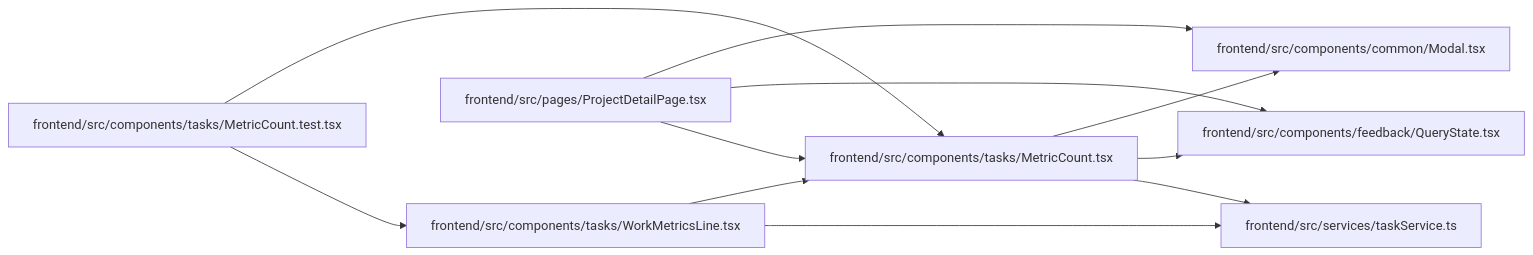
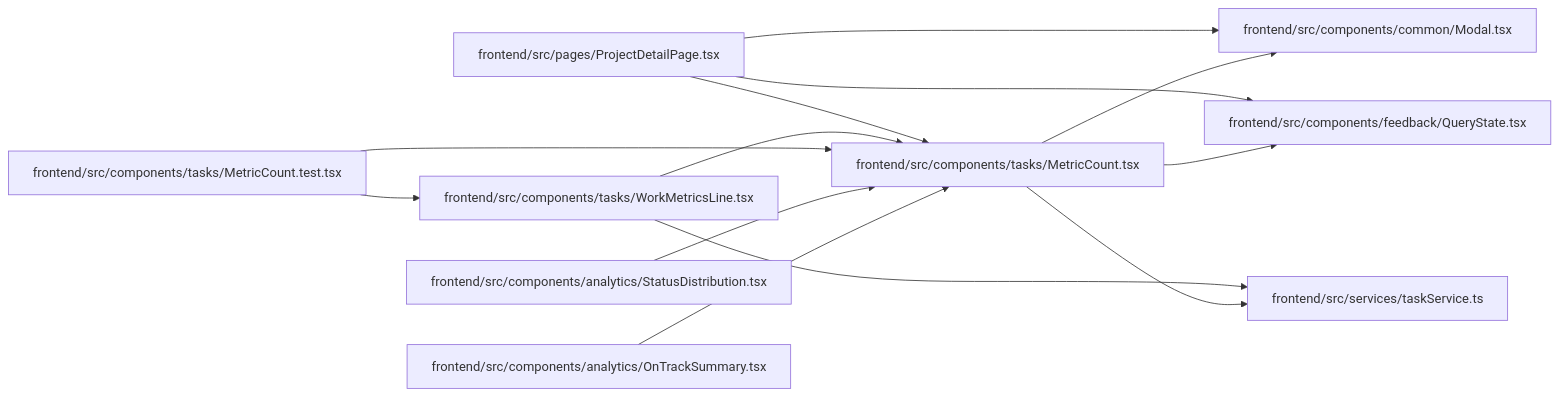
The diagram in docs/llm_wiki/modules/MetricCount.md (Denissvgn/WorkChord), drawn with Mermaid before and after one commit. The commit also changed other lines of this file and 392 other files, not shown here.

````diff
--- a/docs/llm_wiki/modules/MetricCount.md
+++ b/docs/llm_wiki/modules/MetricCount.md
@@ -34,27 +34,33 @@
 ```mermaid
 flowchart LR
-    n0["frontend/src/components/common/Modal.tsx"]
-    n1["frontend/src/components/feedback/QueryState.tsx"]
-    n2["frontend/src/components/tasks/MetricCount.test.tsx"]
-    n3["frontend/src/components/tasks/MetricCount.tsx"]
-    n4["frontend/src/components/tasks/WorkMetricsLine.tsx"]
-    n5["frontend/src/pages/ProjectDetailPage.tsx"]
-    n6["frontend/src/services/taskService.ts"]
-    n2 --> n3
-    n2 --> n4
-    n3 --> n0
-    n3 --> n1
-    n3 --> n6
-    n4 --> n3
+    n0["frontend/src/components/analytics/OnTrackSummary.tsx"]
+    n1["frontend/src/components/analytics/StatusDistribution.tsx"]
+    n2["frontend/src/components/common/Modal.tsx"]
+    n3["frontend/src/components/feedback/QueryState.tsx"]
+    n4["frontend/src/components/tasks/MetricCount.test.tsx"]
+    n5["frontend/src/components/tasks/MetricCount.tsx"]
+    n6["frontend/src/components/tasks/WorkMetricsLine.tsx"]
+    n7["frontend/src/pages/ProjectDetailPage.tsx"]
+    n8["frontend/src/services/taskService.ts"]
+    n0 --> n5
+    n1 --> n5
+    n4 --> n5
     n4 --> n6
-    n5 --> n0
-    n5 --> n1
+    n5 --> n2
     n5 --> n3
-    click n0 "../modules/Modal.md"
-    click n1 "../modules/QueryState.md"
-    click n2 "../modules/MetricCount.test.md"
-    click n3 "../modules/MetricCount.md"
-    click n4 "../modules/WorkMetricsLine.md"
-    click n5 "../modules/ProjectDetailPage.md"
-    click n6 "../modules/taskService.md"
+    n5 --> n8
+    n6 --> n5
+    n6 --> n8
+    n7 --> n2
+    n7 --> n3
+    n7 --> n5
+    click n0 "../modules/OnTrackSummary.md"
+    click n1 "../modules/StatusDistribution.md"
+    click n2 "../modules/Modal.md"
+    click n3 "../modules/QueryState.md"
+    click n4 "../modules/MetricCount.test.md"
+    click n5 "../modules/MetricCount.md"
+    click n6 "../modules/WorkMetricsLine.md"
+    click n7 "../modules/ProjectDetailPage.md"
+    click n8 "../modules/taskService.md"
 ```
````
